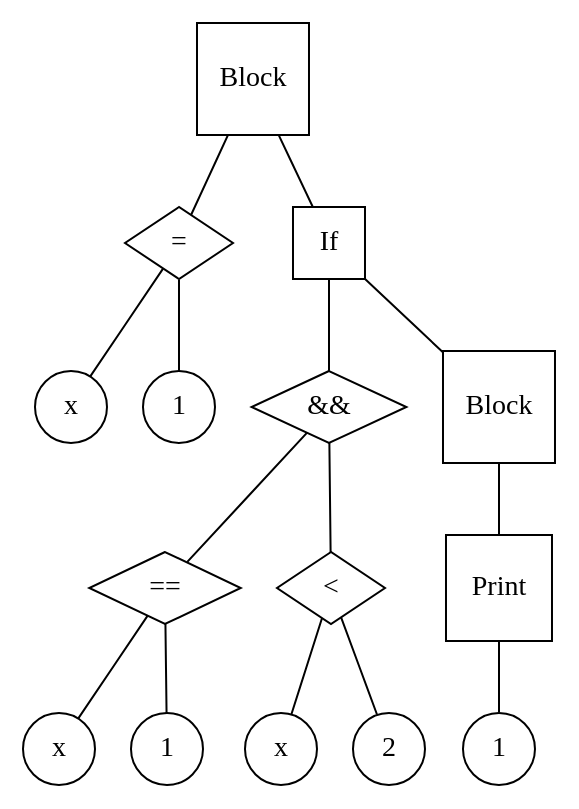
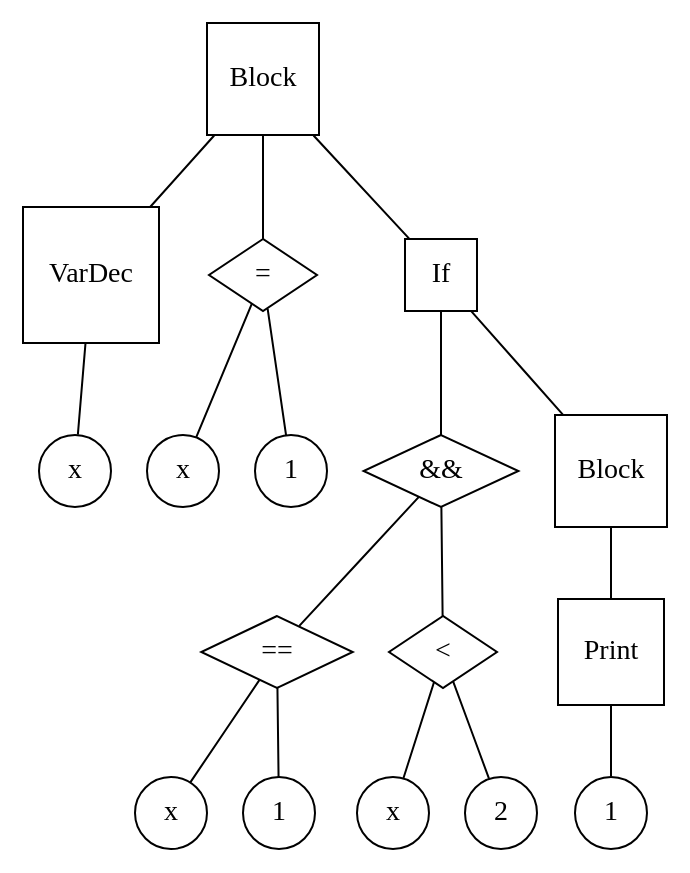
Before and after one commit to cemmanuelsr/compiler: the diagram in graphs/dot/test_18.dot, drawn with Graphviz. The commit also changed 28 other files, not shown here.

```diff
--- a/graphs/dot/test_18.dot
+++ b/graphs/dot/test_18.dot
@@ -1,32 +1,36 @@
 graph g {
 n0 [label = "Block", shape="square"]
-n1 [label = "x", shape="circle"]
-n2 [label = "=", shape="diamond"]
-n3 [label = "1", shape="circle"]
-n4 [label = "If", shape="square"]
-n5 [label = "x", shape="circle"]
-n6 [label = "==", shape="diamond"]
-n7 [label = "1", shape="circle"]
-n8 [label = "&&", shape="diamond"]
-n9 [label = "x", shape="circle"]
-n10 [label = "<", shape="diamond"]
-n11 [label = "2", shape="circle"]
-n12 [label = "Block", shape="square"]
-n13 [label = "Print", shape="square"]
-n14 [label = "1", shape="circle"]
+n1 [label = "VarDec", shape="square"]
+n2 [label = "x", shape="circle"]
+n3 [label = "x", shape="circle"]
+n4 [label = "=", shape="diamond"]
+n5 [label = "1", shape="circle"]
+n6 [label = "If", shape="square"]
+n7 [label = "x", shape="circle"]
+n8 [label = "==", shape="diamond"]
+n9 [label = "1", shape="circle"]
+n10 [label = "&&", shape="diamond"]
+n11 [label = "x", shape="circle"]
+n12 [label = "<", shape="diamond"]
+n13 [label = "2", shape="circle"]
+n14 [label = "Block", shape="square"]
+n15 [label = "Print", shape="square"]
+n16 [label = "1", shape="circle"]
 
-"n2" -- "n1"
-"n2" -- "n3"
-"n0" -- "n2"
-"n6" -- "n5"
-"n6" -- "n7"
-"n8" -- "n6"
-"n10" -- "n9"
-"n10" -- "n11"
-"n8" -- "n10"
-"n4" -- "n8"
-"n13" -- "n14"
+"n1" -- "n2"
+"n0" -- "n1"
+"n4" -- "n3"
+"n4" -- "n5"
+"n0" -- "n4"
+"n8" -- "n7"
+"n8" -- "n9"
+"n10" -- "n8"
+"n12" -- "n11"
 "n12" -- "n13"
-"n4" -- "n12"
-"n0" -- "n4"
+"n10" -- "n12"
+"n6" -- "n10"
+"n15" -- "n16"
+"n14" -- "n15"
+"n6" -- "n14"
+"n0" -- "n6"
 }
```
